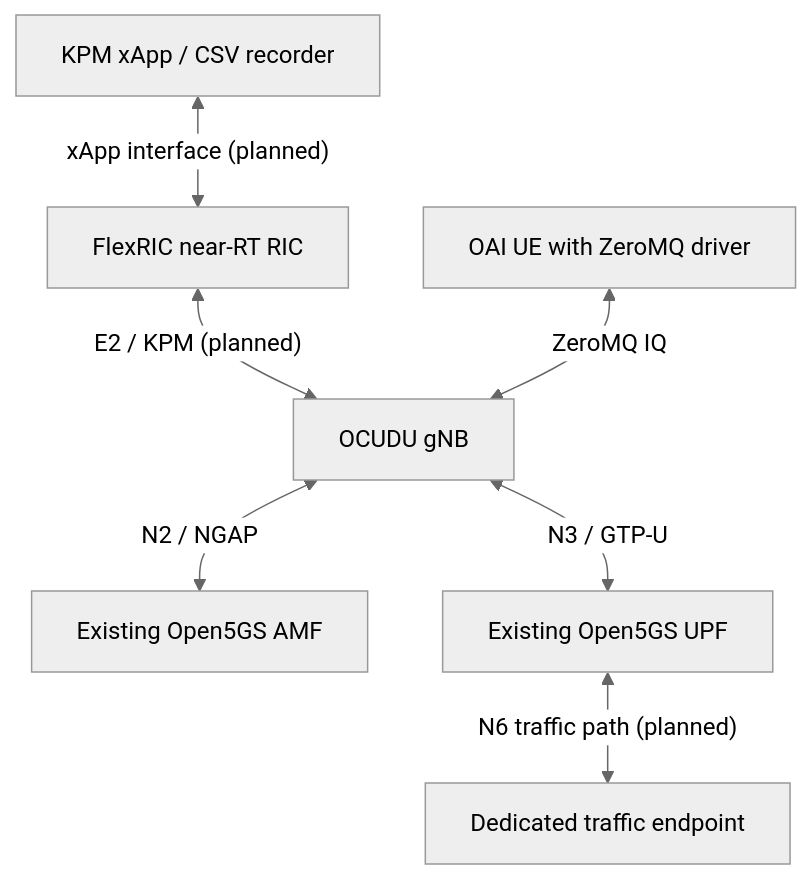
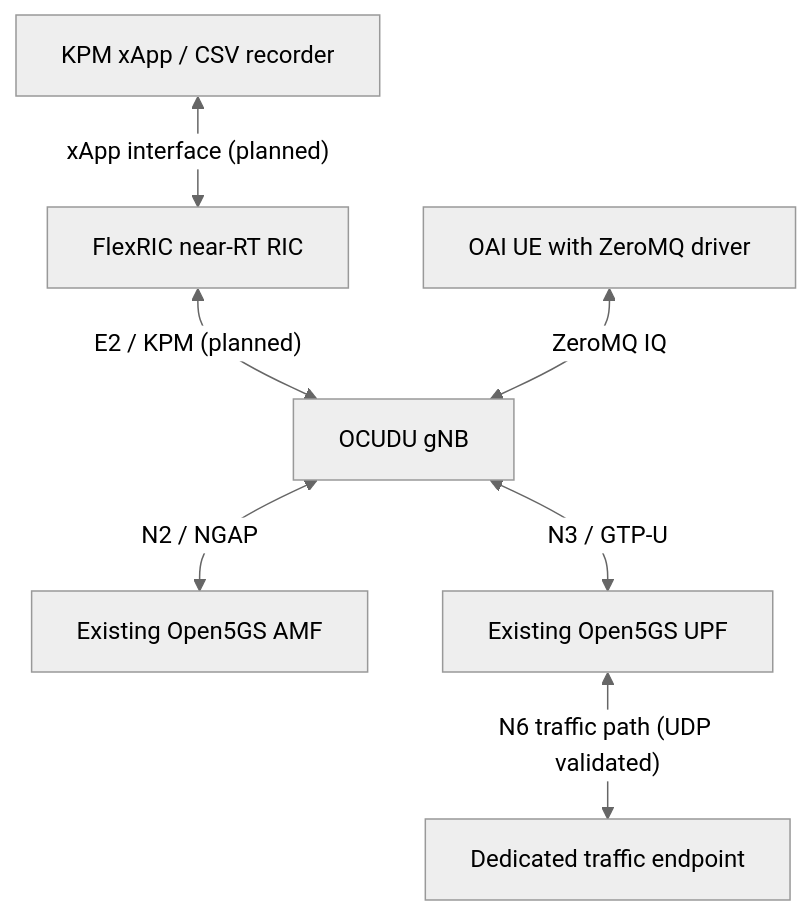
One commit to limx59/OAI-5GC-PI changed the second of 2 diagrams in test/ocudu/README.md. Above: the diagram before and after it, drawn with Mermaid (neutral theme). The commit also changed other lines of this file and 2 other files, not shown here.

Commit message:
test: validate OCUDU ZeroMQ UDP traffic with three-round regression

````diff
--- a/test/ocudu/README.md
+++ b/test/ocudu/README.md
@@ -44,16 +46,16 @@
 ```mermaid
 flowchart TB
     X["KPM xApp / CSV recorder"]
     R["FlexRIC near-RT RIC"]
     G["OCUDU gNB"]
     U["OAI UE with ZeroMQ driver"]
     A["Existing Open5GS AMF"]
     P["Existing Open5GS UPF"]
     T["Dedicated traffic endpoint"]
     X <-->|"xApp interface (planned)"| R
     R <-->|"E2 / KPM (planned)"| G
     U <-->|"ZeroMQ IQ"| G
     G <-->|"N2 / NGAP"| A
     G <-->|"N3 / GTP-U"| P
-    P <-->|"N6 traffic path (planned)"| T
+    P <-->|"N6 traffic path (UDP validated)"| T
 ```
````
